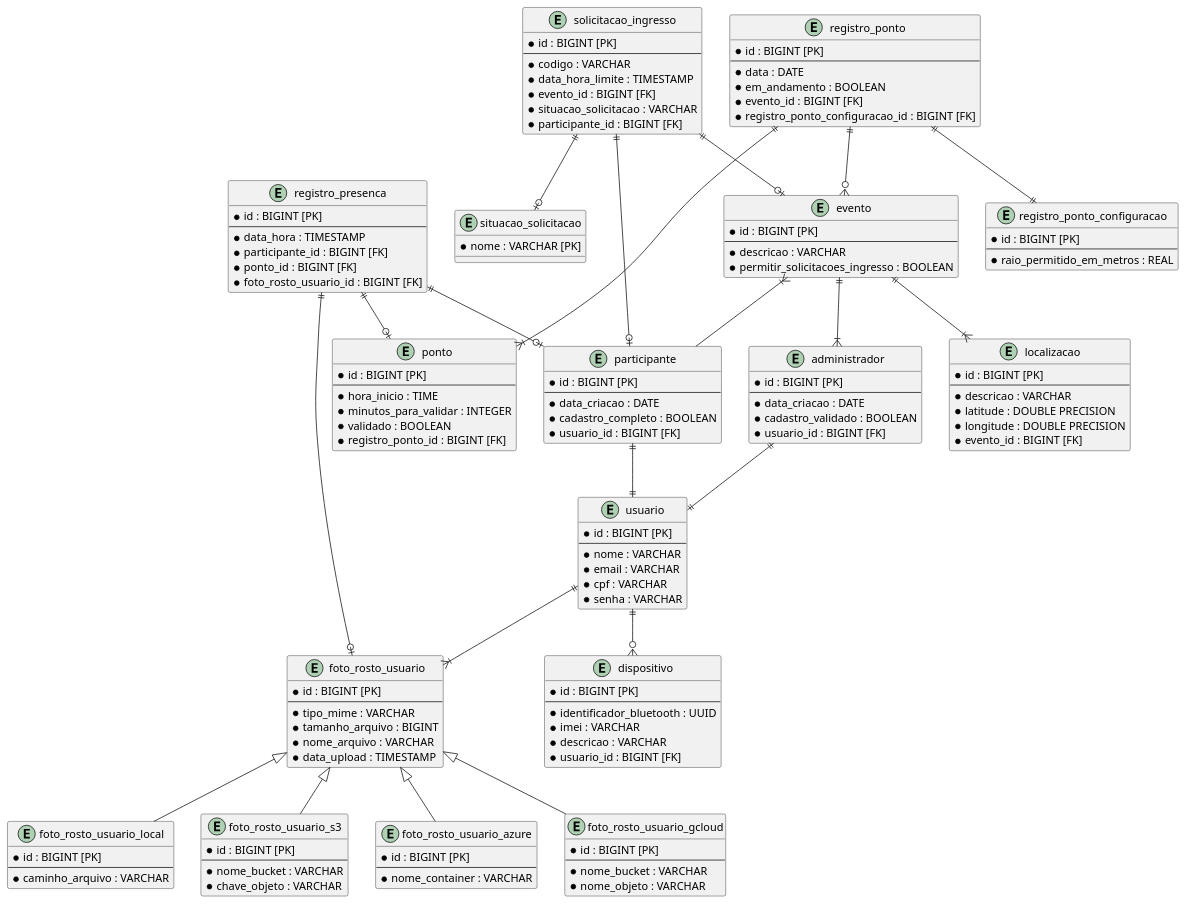
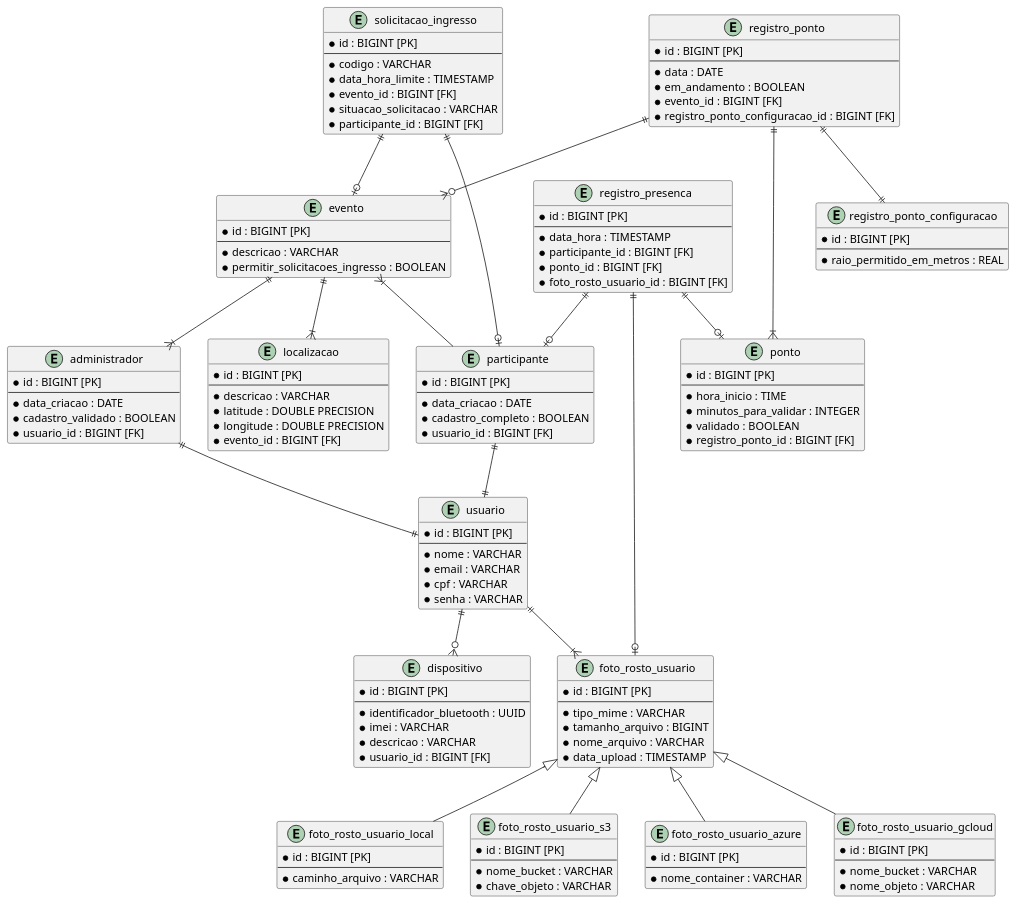
Before and after one commit to luan-coelho/faceverify: the diagram in backend/er.plantuml, drawn with PlantUML.

```diff
--- a/backend/er.plantuml
+++ b/backend/er.plantuml
@@ -1,162 +1,157 @@
 @startuml
 
 entity usuario {
     * id : BIGINT [PK]
     --
     * nome : VARCHAR
     * email : VARCHAR
     * cpf : VARCHAR
     * senha : VARCHAR
 }
 
 entity administrador {
     * id : BIGINT [PK]
     --
     * data_criacao : DATE
     * cadastro_validado : BOOLEAN
     * usuario_id : BIGINT [FK]
 }
 
 entity participante {
     * id : BIGINT [PK]
     --
     * data_criacao : DATE
     * cadastro_completo : BOOLEAN
     * usuario_id : BIGINT [FK]
 }
 
 entity dispositivo {
     * id : BIGINT [PK]
     --
     * identificador_bluetooth : UUID
     * imei : VARCHAR
     * descricao : VARCHAR
     * usuario_id : BIGINT [FK]
 }
 
 entity foto_rosto_usuario {
     * id : BIGINT [PK]
     --
     * tipo_mime : VARCHAR
     * tamanho_arquivo : BIGINT
     * nome_arquivo : VARCHAR
     * data_upload : TIMESTAMP
 }
 
 entity foto_rosto_usuario_local {
     * id : BIGINT [PK]
     --
     * caminho_arquivo : VARCHAR
 }
 
 entity foto_rosto_usuario_s3 {
     * id : BIGINT [PK]
     --
     * nome_bucket : VARCHAR
     * chave_objeto : VARCHAR
 }
 
 entity foto_rosto_usuario_azure {
     * id : BIGINT [PK]
     --
     * nome_container : VARCHAR
 }
 
 entity foto_rosto_usuario_gcloud {
     * id : BIGINT [PK]
     --
     * nome_bucket : VARCHAR
     * nome_objeto : VARCHAR
 }
 
 entity evento {
     * id : BIGINT [PK]
     --
     * descricao : VARCHAR
     * permitir_solicitacoes_ingresso : BOOLEAN
 }
 
 entity solicitacao_ingresso {
     * id : BIGINT [PK]
     --
     * codigo : VARCHAR
     * data_hora_limite : TIMESTAMP
     * evento_id : BIGINT [FK]
     * situacao_solicitacao : VARCHAR
     * participante_id : BIGINT [FK]
 }
 
-entity situacao_solicitacao {
-    * nome : VARCHAR [PK]
-}
-
 entity localizacao {
     * id : BIGINT [PK]
     --
     * descricao : VARCHAR
     * latitude : DOUBLE PRECISION
     * longitude : DOUBLE PRECISION
     * evento_id : BIGINT [FK]
 }
 
 entity registro_ponto {
     * id : BIGINT [PK]
     --
     * data : DATE
     * em_andamento : BOOLEAN
     * evento_id : BIGINT [FK]
     * registro_ponto_configuracao_id : BIGINT [FK]
 }
 
 entity ponto {
     * id : BIGINT [PK]
     --
     * hora_inicio : TIME
     * minutos_para_validar : INTEGER
     * validado : BOOLEAN
     * registro_ponto_id : BIGINT [FK]
 }
 
 entity registro_presenca {
     * id : BIGINT [PK]
     --
     * data_hora : TIMESTAMP
     * participante_id : BIGINT [FK]
     * ponto_id : BIGINT [FK]
     * foto_rosto_usuario_id : BIGINT [FK]
 }
 
 entity registro_ponto_configuracao {
     * id : BIGINT [PK]
     --
     * raio_permitido_em_metros : REAL
 }
 
 registro_ponto ||--o{ evento
 registro_ponto ||--|| registro_ponto_configuracao
 registro_ponto ||--|{ ponto
 
 evento ||--|{ administrador
 evento ||--|{ localizacao
 evento }|-- participante
 
 solicitacao_ingresso ||--o| evento
-solicitacao_ingresso ||--o| situacao_solicitacao
 solicitacao_ingresso ||--o| participante
 
 registro_presenca ||--o| participante
 registro_presenca ||--o| ponto
 registro_presenca ||--o| foto_rosto_usuario
 
 usuario ||--o{ dispositivo
 usuario ||--|{ foto_rosto_usuario
 
 administrador ||--|| usuario
 participante ||--|| usuario
 
 foto_rosto_usuario <|-- foto_rosto_usuario_local
 foto_rosto_usuario <|-- foto_rosto_usuario_s3
 foto_rosto_usuario <|-- foto_rosto_usuario_azure
 foto_rosto_usuario <|-- foto_rosto_usuario_gcloud
 
 @enduml
```
